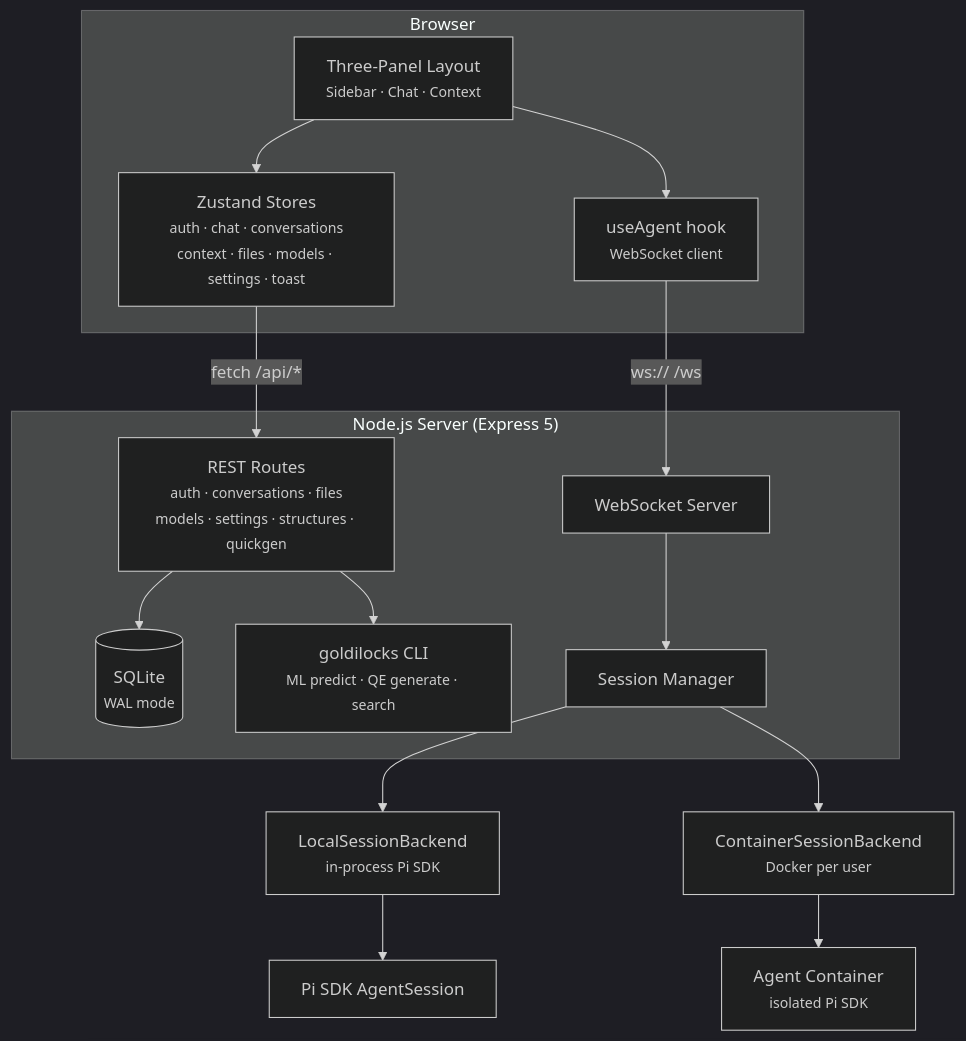
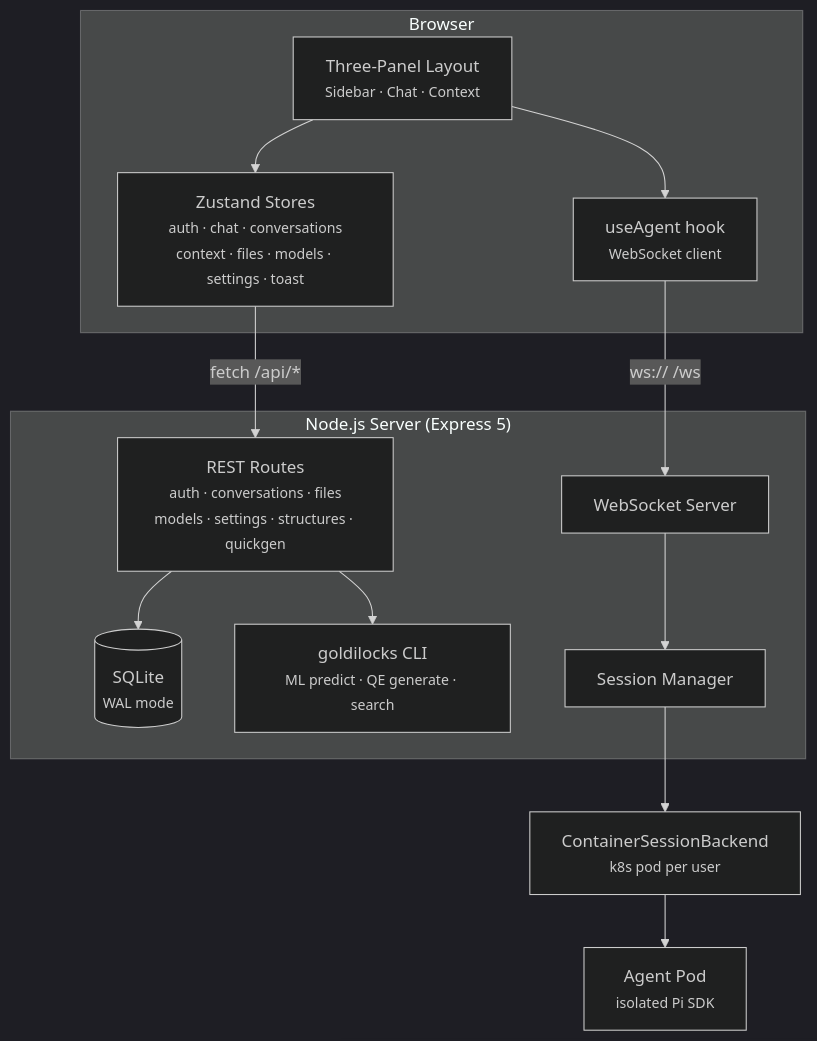
One commit to sigilmakes/goldilocks-app changed the first of 2 diagrams in docs/ARCHITECTURE.md. Above: the diagram before and after it, drawn with Mermaid (dark theme). The commit also changed 6 other files, not shown here.

First line of the commit message:
feat(agent): rewrite ContainerSessionBackend with k8s API

````diff
--- a/docs/ARCHITECTURE.md
+++ b/docs/ARCHITECTURE.md
@@ -14,31 +14,29 @@
 ```mermaid
 graph TB
     subgraph Browser
         UI["Three-Panel Layout<br/><small>Sidebar · Chat · Context</small>"]
         Stores["Zustand Stores<br/><small>auth · chat · conversations<br/>context · files · models · settings · toast</small>"]
         WS["useAgent hook<br/><small>WebSocket client</small>"]
 
         UI --> Stores
         UI --> WS
     end
 
     Stores -->|"fetch /api/*"| Express
     WS -->|"ws:// /ws"| WSS
 
     subgraph Server["Node.js Server (Express 5)"]
         Express["REST Routes<br/><small>auth · conversations · files<br/>models · settings · structures · quickgen</small>"]
         WSS["WebSocket Server"]
         DB[("SQLite<br/><small>WAL mode</small>")]
         CLI["goldilocks CLI<br/><small>ML predict · QE generate · search</small>"]
 
         Express --> DB
         Express --> CLI
         WSS --> SessionMgr["Session Manager"]
     end
 
-    SessionMgr --> Local["LocalSessionBackend<br/><small>in-process Pi SDK</small>"]
-    SessionMgr --> Container["ContainerSessionBackend<br/><small>Docker per user</small>"]
+    SessionMgr --> Container["ContainerSessionBackend<br/><small>k8s pod per user</small>"]
 
-    Local --> PiSDK["Pi SDK AgentSession"]
-    Container --> AgentPod["Agent Container<br/><small>isolated Pi SDK</small>"]
+    Container --> AgentPod["Agent Pod<br/><small>isolated Pi SDK</small>"]
 ```
````
